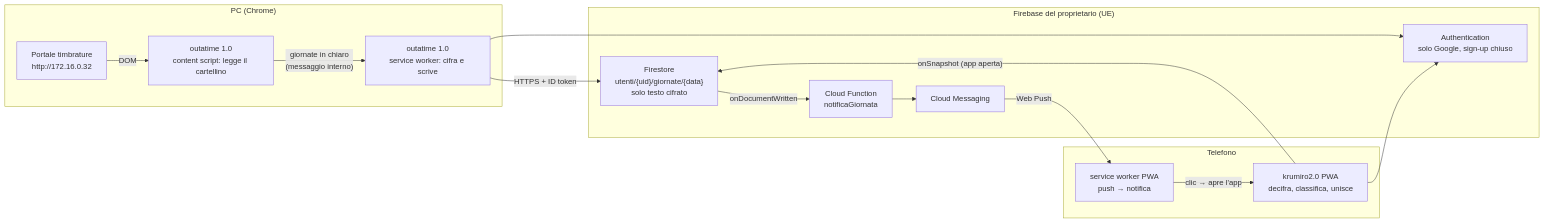
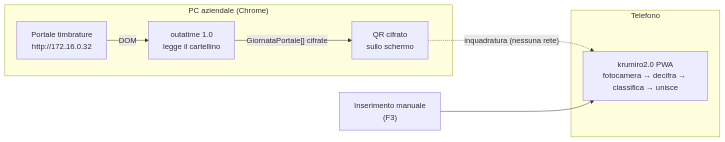
The first of 2 diagrams in docs/architecture/integrazione-outatime.md (gcampa/krumiro2.0), drawn with Mermaid before and after one commit. The commit also changed other lines of this file and 7 other files, not shown here.

````diff
--- a/docs/architecture/integrazione-outatime.md
+++ b/docs/architecture/integrazione-outatime.md
@@ -57,25 +55,14 @@
 ```mermaid
 flowchart LR
-    subgraph PC["PC (Chrome)"]
+    subgraph PC["PC aziendale (Chrome)"]
         P["Portale timbrature<br/>http://172.16.0.32"]
-        CS["outatime 1.0<br/>content script: legge il cartellino"]
-        SW["outatime 1.0<br/>service worker: cifra e scrive"]
-        P -- DOM --> CS -- "giornate in chiaro<br/>(messaggio interno)" --> SW
-    end
-    subgraph FB["Firebase del proprietario (UE)"]
-        A["Authentication<br/>solo Google, sign-up chiuso"]
-        FS["Firestore<br/>utenti/{uid}/giornate/{data}<br/>solo testo cifrato"]
-        CF["Cloud Function<br/>notificaGiornata"]
-        FCM["Cloud Messaging"]
-        FS -- "onDocumentWritten" --> CF --> FCM
+        CS["outatime 1.0<br/>legge il cartellino"]
+        Q["QR cifrato<br/>sullo schermo"]
+        P -- DOM --> CS -- "GiornataPortale[] cifrate" --> Q
     end
     subgraph TEL["Telefono"]
-        K["krumiro2.0 PWA<br/>decifra, classifica, unisce"]
-        KSW["service worker PWA<br/>push → notifica"]
+        K["krumiro2.0 PWA<br/>fotocamera → decifra → classifica → unisce"]
     end
-    SW -- "HTTPS + ID token" --> FS
-    SW --> A
-    K --> A
-    K -- "onSnapshot (app aperta)" --> FS
-    FCM -- "Web Push" --> KSW -- "clic → apre l'app" --> K
+    Q -. "inquadratura (nessuna rete)" .-> K
+    M["Inserimento manuale<br/>(F3)"] --> K
 ```
````
